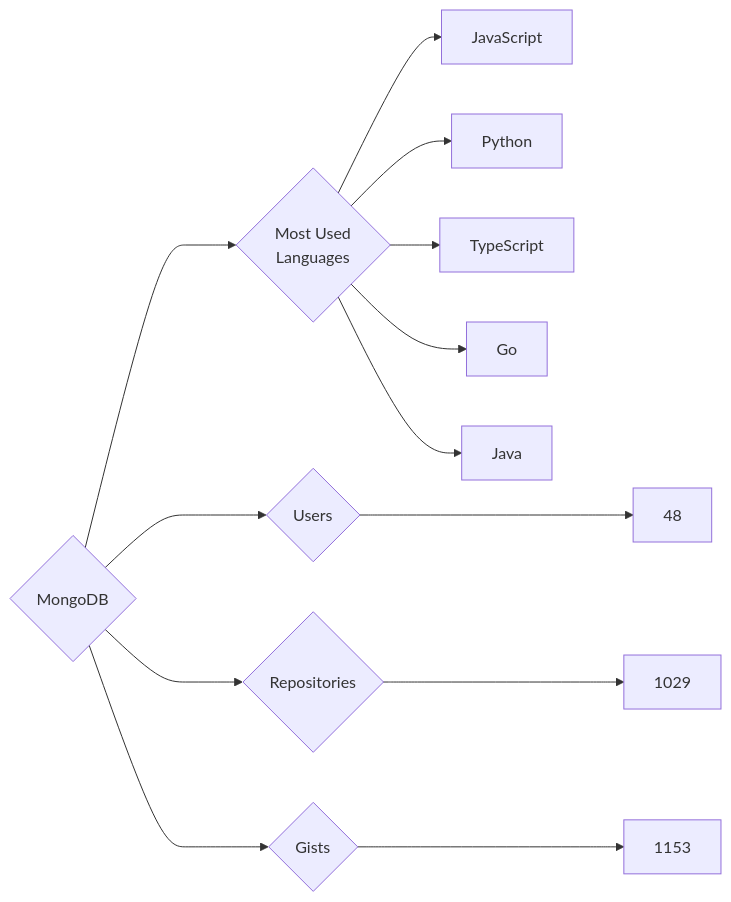
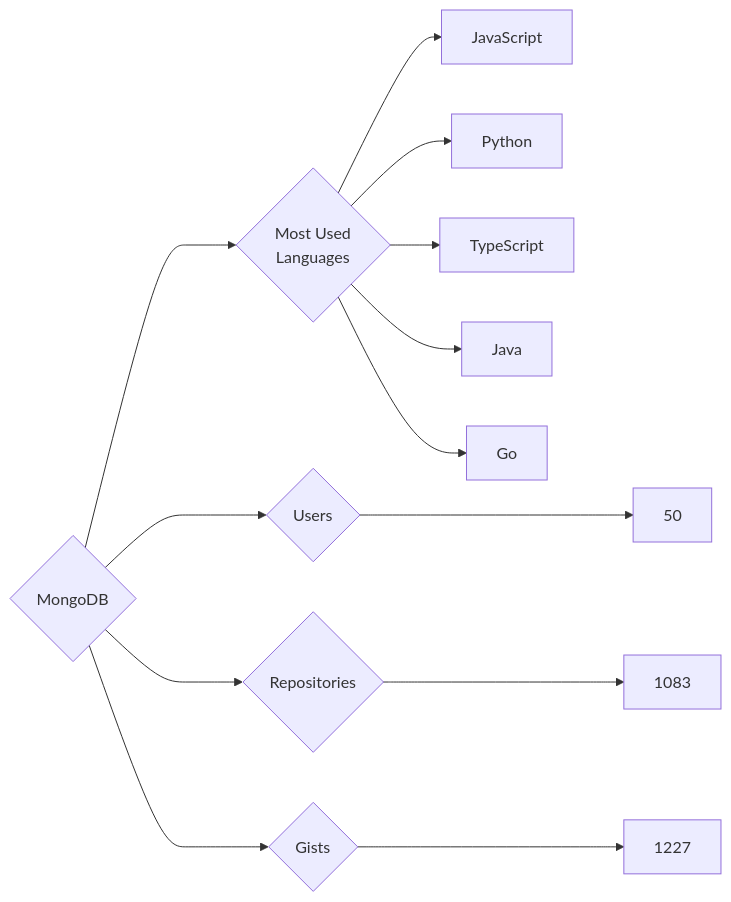
Before and after one commit to trickest/insiders: the diagram in targets/MongoDB/README.md, drawn with Mermaid. The commit also changed 797 other files, not shown here.

````diff
--- a/targets/MongoDB/README.md
+++ b/targets/MongoDB/README.md
@@ -3,13 +3,13 @@
 ```mermaid
 graph LR
 COMPANY_NAME{MongoDB}
-COMPANY_NAME ---> U{Users} ---> UN[48]
-COMPANY_NAME ---> R{Repositories} ---> RN[1029]
-COMPANY_NAME ---> G{Gists} ---> GN[1153]
+COMPANY_NAME ---> U{Users} ---> UN[50]
+COMPANY_NAME ---> R{Repositories} ---> RN[1083]
+COMPANY_NAME ---> G{Gists} ---> GN[1227]
 COMPANY_NAME ---> ML{Most Used<br>Languages}
 ML --> JavaScript[JavaScript]
 ML --> Python[Python]
 ML --> TypeScript[TypeScript]
+ML --> Java[Java]
 ML --> Go[Go]
-ML --> Java[Java]
 ```
````
